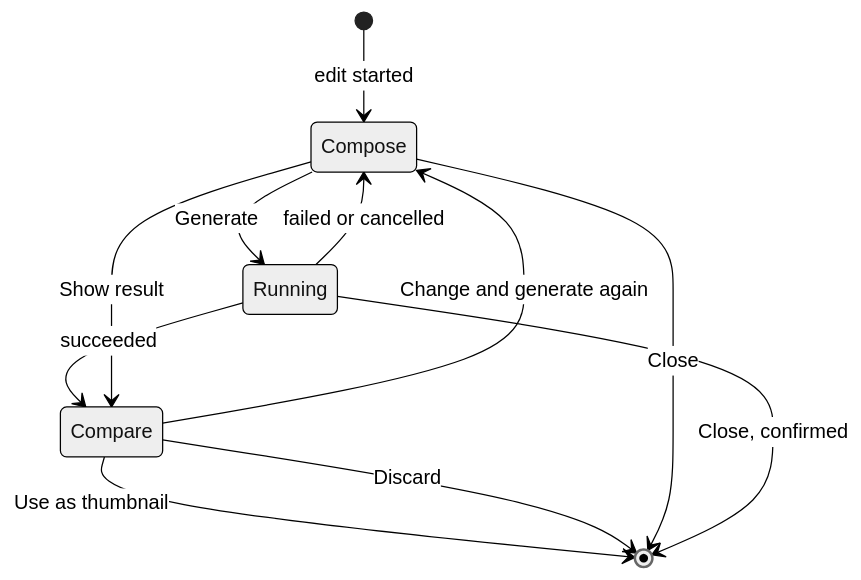
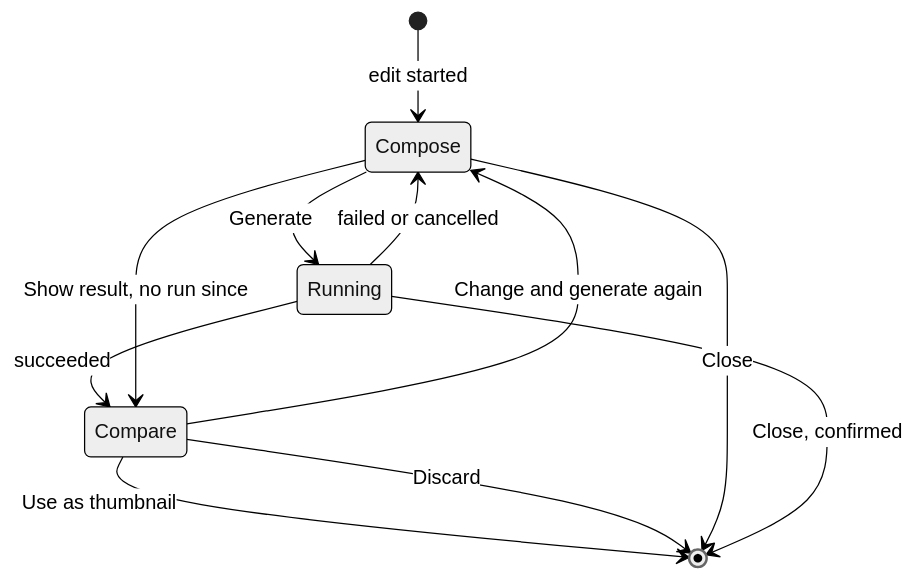
The third of 3 diagrams in specs/045-comfyui-thumbnails/ui-design.md (syudead/vv), drawn with Mermaid (neutral theme) before and after one commit. The commit also changed other lines of this file and 1 other file, not shown here.

First line of the commit message:
design: offer Show result only while the session is still succeeded (#942)

````diff
--- a/specs/045-comfyui-thumbnails/ui-design.md
+++ b/specs/045-comfyui-thumbnails/ui-design.md
@@ -309,13 +309,13 @@
 ```mermaid
 stateDiagram-v2
   [*] --> Compose: edit started
   Compose --> Running: Generate
   Running --> Compare: succeeded
   Running --> Compose: failed or cancelled
   Compare --> Compose: Change and generate again
-  Compose --> Compare: Show result
+  Compose --> Compare: Show result, no run since
   Compare --> [*]: Use as thumbnail
   Compare --> [*]: Discard
   Compose --> [*]: Close
   Running --> [*]: Close, confirmed
 ```
````
